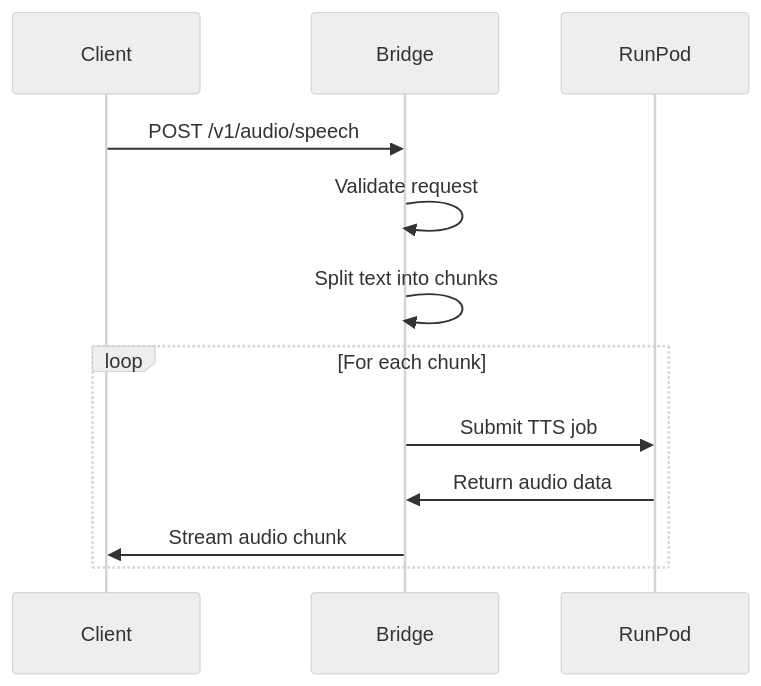
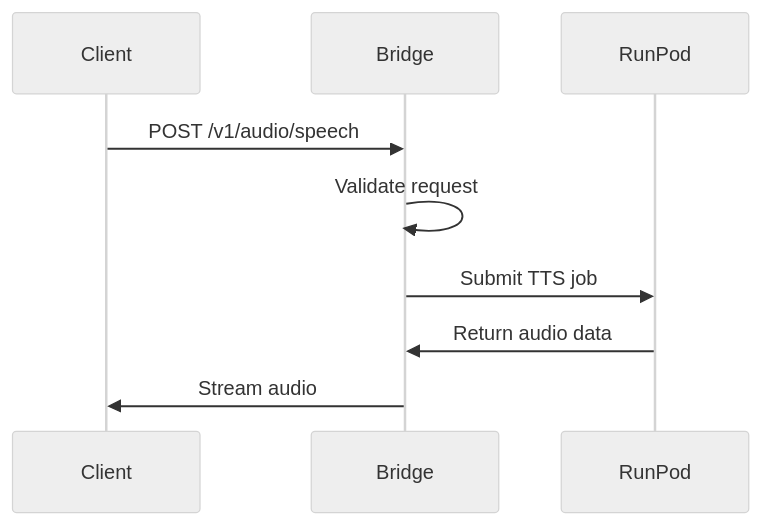
Before and after one commit to sruckh/echoTTS-OpenAI: the diagram in README.md, drawn with Mermaid (neutral theme). The commit also changed other lines of this file and 13 other files, not shown here.

````diff
--- a/README.md
+++ b/README.md
@@ -37,15 +37,12 @@
 ```mermaid
 sequenceDiagram
     participant C as Client
     participant B as Bridge
     participant R as RunPod
 
     C->>B: POST /v1/audio/speech
     B->>B: Validate request
-    B->>B: Split text into chunks
-    loop For each chunk
-        B->>R: Submit TTS job
-        R->>B: Return audio data
-        B->>C: Stream audio chunk
-    end
+    B->>R: Submit TTS job
+    R->>B: Return audio data
+    B->>C: Stream audio
 ```
````
